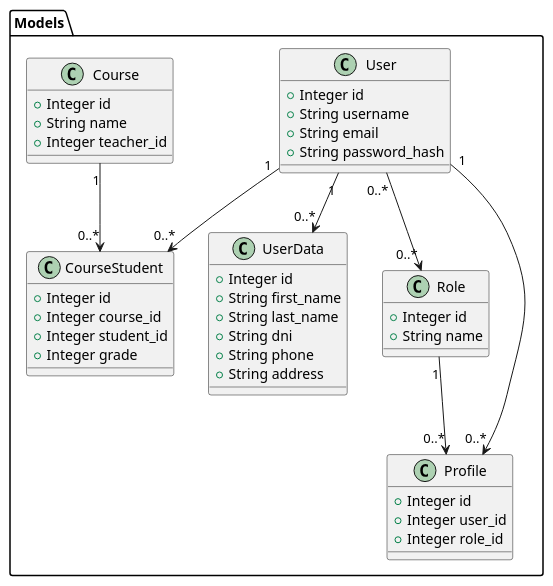
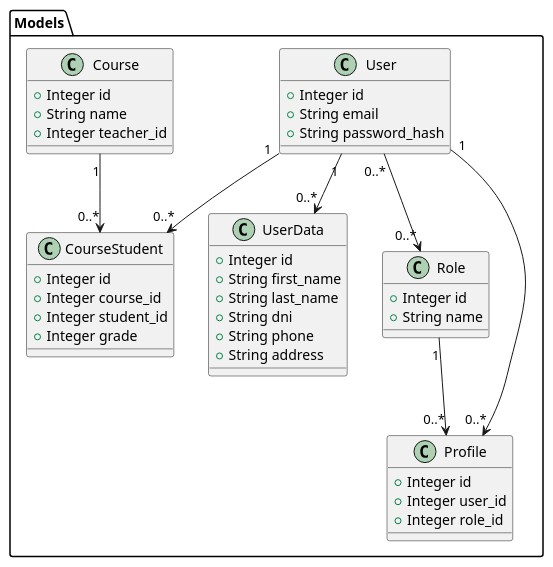
One commit to I5AM4RU/course-management changed the diagram in docs/class_diagram.puml. Above: the diagram before and after it, drawn with PlantUML.

Commit message:
remove username from user #2

```diff
--- a/docs/class_diagram.puml
+++ b/docs/class_diagram.puml
@@ -1,52 +1,51 @@
 @startuml Class
 
 package "Models" {
     class User {
         +Integer id
-        +String username
         +String email
         +String password_hash
     }
 
     class UserData {
         +Integer id
         +String first_name
         +String last_name
         +String dni
         +String phone
         +String address
     }
 
     class Role {
         +Integer id
         +String name
     }
 
     class Profile {
         +Integer id
         +Integer user_id
         +Integer role_id
     }
 
     class Course {
         +Integer id
         +String name
         +Integer teacher_id
     }
 
     class CourseStudent {
         +Integer id
         +Integer course_id
         +Integer student_id
         +Integer grade
     }
 
     User "1" --> "0..*" UserData
     User "1" --> "0..*" Profile
     User "1" --> "0..*" CourseStudent
     Role "1" --> "0..*" Profile
     User "0..*" --> "0..*" Role
     Course "1" --> "0..*" CourseStudent
 }
 
 @enduml
```
